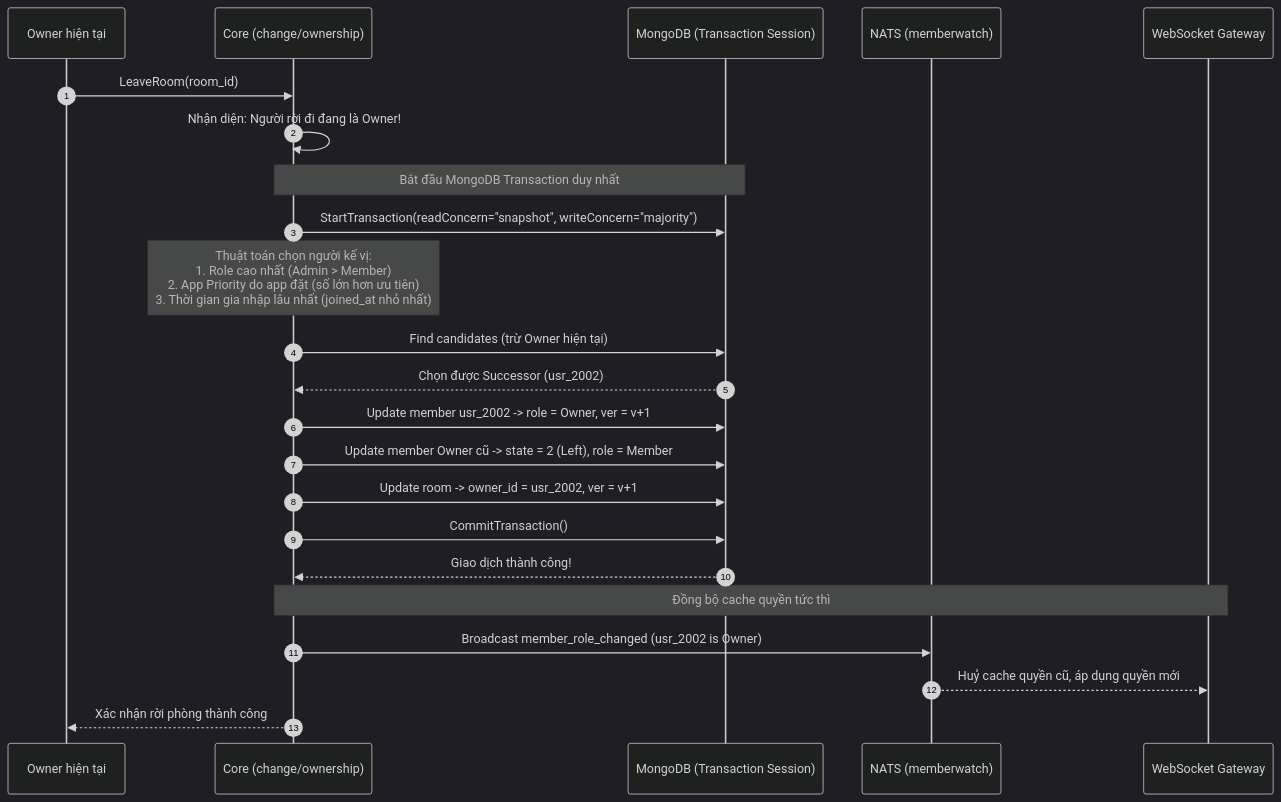
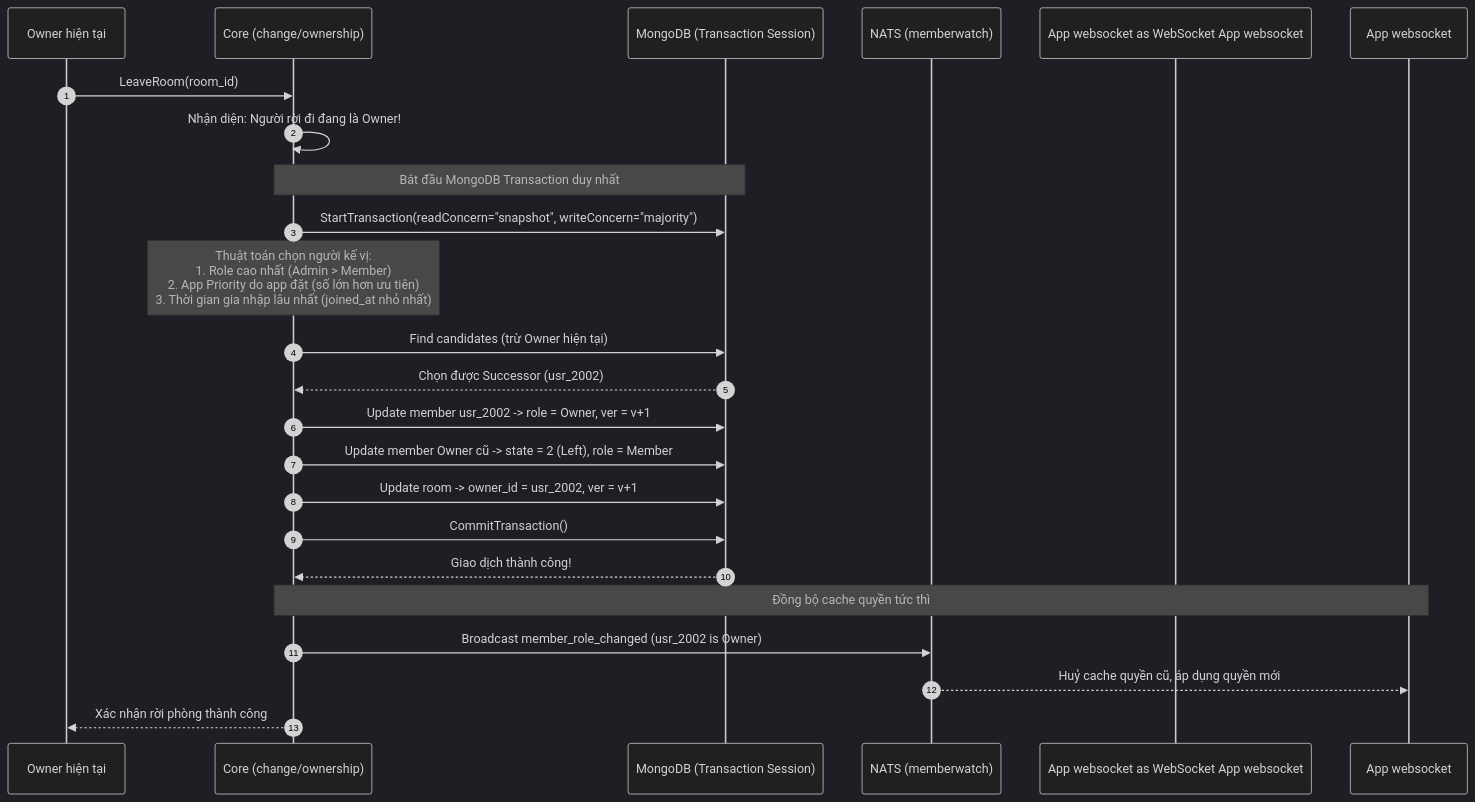
Before and after one commit to ivannguyendev/chatim: the diagram in docs/modules/05-feature-membership-roles-and-succession.md, drawn with Mermaid (dark theme). The commit also changed other lines of this file and 10 other files, not shown here.

First line of the commit message:
docs: rename gateway to websocket and route Inbox reads through the LB

````diff
--- a/docs/modules/05-feature-membership-roles-and-succession.md
+++ b/docs/modules/05-feature-membership-roles-and-succession.md
@@ -25,30 +25,30 @@
 ```mermaid
 sequenceDiagram
     autonumber
     participant Owner as Owner hiện tại
     participant Core as Core (change/ownership)
     participant Mongo as MongoDB (Transaction Session)
     participant Watch as NATS (memberwatch)
-    participant Gateway as WebSocket Gateway
+    participant App websocket as WebSocket App websocket
 
     Owner->>Core: LeaveRoom(room_id)
     Core->>Core: Nhận diện: Người rời đi đang là Owner!
 
     Note over Core,Mongo: Bắt đầu MongoDB Transaction duy nhất
     Core->>Mongo: StartTransaction(readConcern="snapshot", writeConcern="majority")
     
     Note over Core: Thuật toán chọn người kế vị:<br/>1. Role cao nhất (Admin > Member)<br/>2. App Priority do app đặt (số lớn hơn ưu tiên)<br/>3. Thời gian gia nhập lâu nhất (joined_at nhỏ nhất)
     Core->>Mongo: Find candidates (trừ Owner hiện tại)
     Mongo-->>Core: Chọn được Successor (usr_2002)
 
     Core->>Mongo: Update member usr_2002 -> role = Owner, ver = v+1
     Core->>Mongo: Update member Owner cũ -> state = 2 (Left), role = Member
     Core->>Mongo: Update room -> owner_id = usr_2002, ver = v+1
     Core->>Mongo: CommitTransaction()
     Mongo-->>Core: Giao dịch thành công!
 
-    Note over Core,Gateway: Đồng bộ cache quyền tức thì
+    Note over Core,App websocket: Đồng bộ cache quyền tức thì
     Core->>Watch: Broadcast member_role_changed (usr_2002 is Owner)
-    Watch-->>Gateway: Huỷ cache quyền cũ, áp dụng quyền mới
+    Watch-->>App websocket: Huỷ cache quyền cũ, áp dụng quyền mới
     Core-->>Owner: Xác nhận rời phòng thành công
 ```
````
